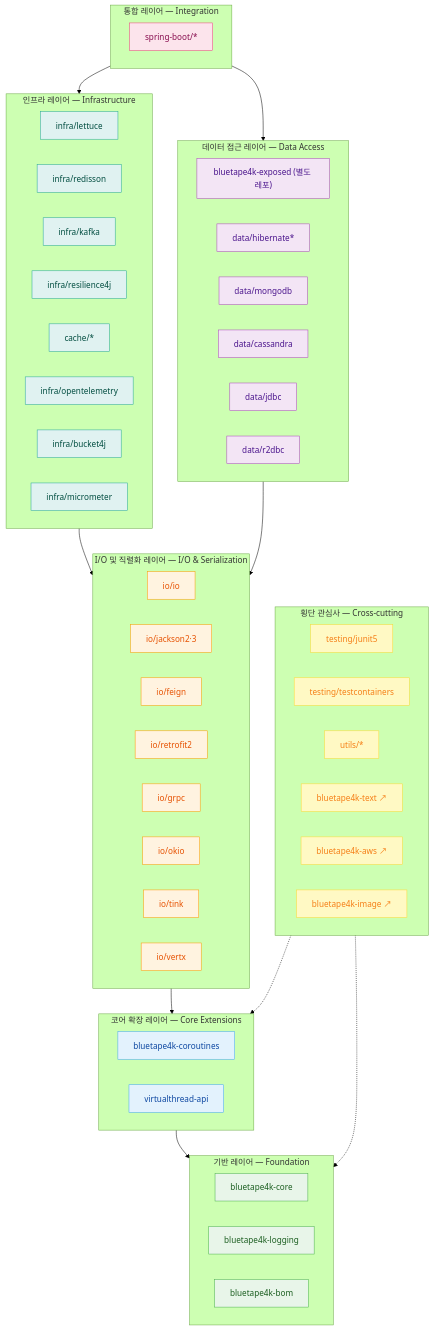
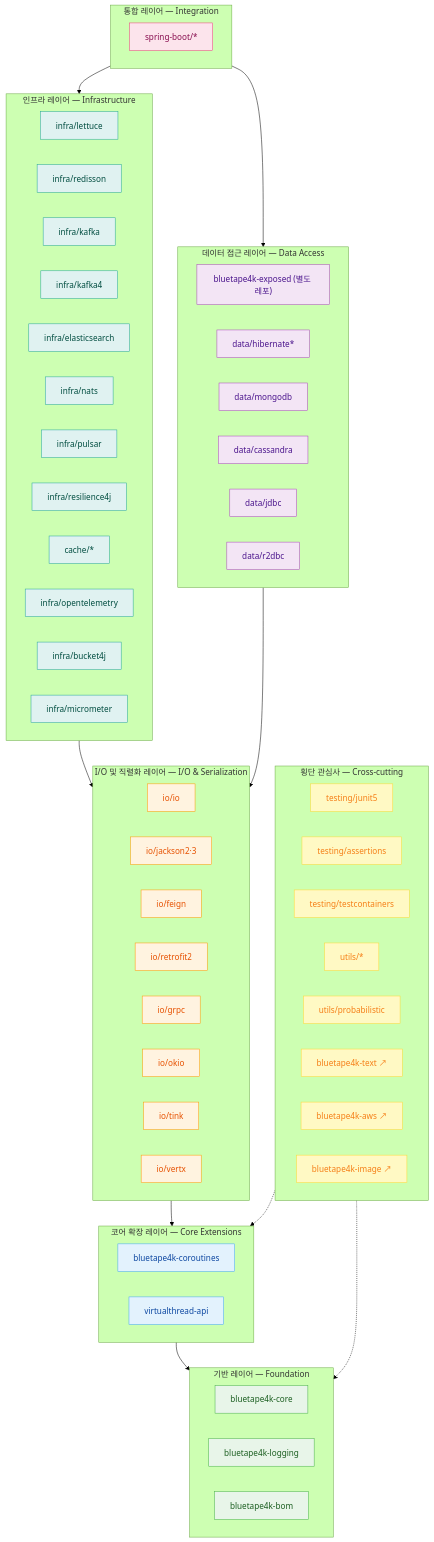
One commit to bluetape4k/bluetape4k-projects changed the diagram in README.ko.md. Above: the diagram before and after it, drawn with Mermaid (forest theme). The commit also changed other lines of this file and 6 other files, not shown here.

````diff
--- a/README.ko.md
+++ b/README.ko.md
@@ -77,6 +74,10 @@
         LETTUCE["infra/lettuce"]
         REDISSON["infra/redisson"]
         KAFKA["infra/kafka"]
+        KAFKA4["infra/kafka4"]
+        ES["infra/elasticsearch"]
+        NATS["infra/nats"]
+        PULSAR["infra/pulsar"]
         R4J["infra/resilience4j"]
         CACHE["cache/*"]
         OTEL["infra/opentelemetry"]
@@ -120,8 +121,10 @@
     subgraph CROSS["횡단 관심사 — Cross-cutting"]
         direction LR
         JUNIT["testing/junit5"]
+        ASSERT["testing/assertions"]
         TC["testing/testcontainers"]
         UTILS["utils/*"]
+        PROB["utils/probabilistic"]
         TEXTS["bluetape4k-text ↗"]
         AWS["bluetape4k-aws ↗"]
         IMG["bluetape4k-image ↗"]
@@ -148,7 +151,7 @@
     class COROU,VT coreExt
     class IO,JACKSON,FEIGN,RETRO,GRPC,OKIO,TINK,VERTX ioLayer
     class EXP,HIB,MONGO,CASS,JDBC,R2DBC dataLayer
-    class LETTUCE,REDISSON,KAFKA,R4J,CACHE,OTEL,BUCKET,MICRO infraLayer
+    class LETTUCE,REDISSON,KAFKA,KAFKA4,ES,NATS,PULSAR,R4J,CACHE,OTEL,BUCKET,MICRO infraLayer
     class SB intLayer
-    class JUNIT,TC,UTILS,TEXTS,AWS,IMG crossLayer
+    class JUNIT,ASSERT,TC,UTILS,PROB,TEXTS,AWS,IMG crossLayer
 ```
````
